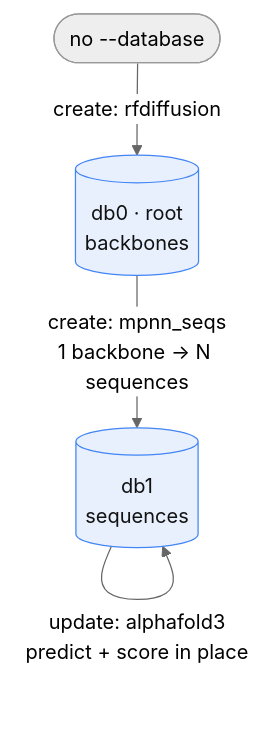
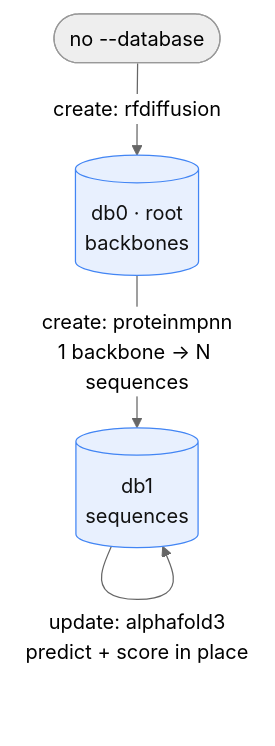
Before and after one commit to jlmoraleshellin/prosapia: the diagram in docs/lineage-and-databases.md, drawn with Mermaid (neutral theme). The commit also changed other lines of this file and 26 other files, not shown here.

Commit message:
refac: rename proteinmpnn tool.name from mpnn_seqs to proteinmpnn; key its collect data with the tool leaf

````diff
--- a/docs/lineage-and-databases.md
+++ b/docs/lineage-and-databases.md
@@ -37,13 +37,13 @@
 ```mermaid
 flowchart TD
     S(["no --database"])
     R[("db0 · root<br/>backbones")]
     A[("db1<br/>sequences")]
 
     S -->|"create: rfdiffusion"| R
-    R -->|"create: mpnn_seqs<br/>1 backbone → N sequences"| A
+    R -->|"create: proteinmpnn<br/>1 backbone → N sequences"| A
     A -->|"update: alphafold3<br/>predict + score in place"| A
 
     classDef db fill:#e8f0fe,stroke:#4285f4,color:#111;
     class R,A db;
 ```
````
